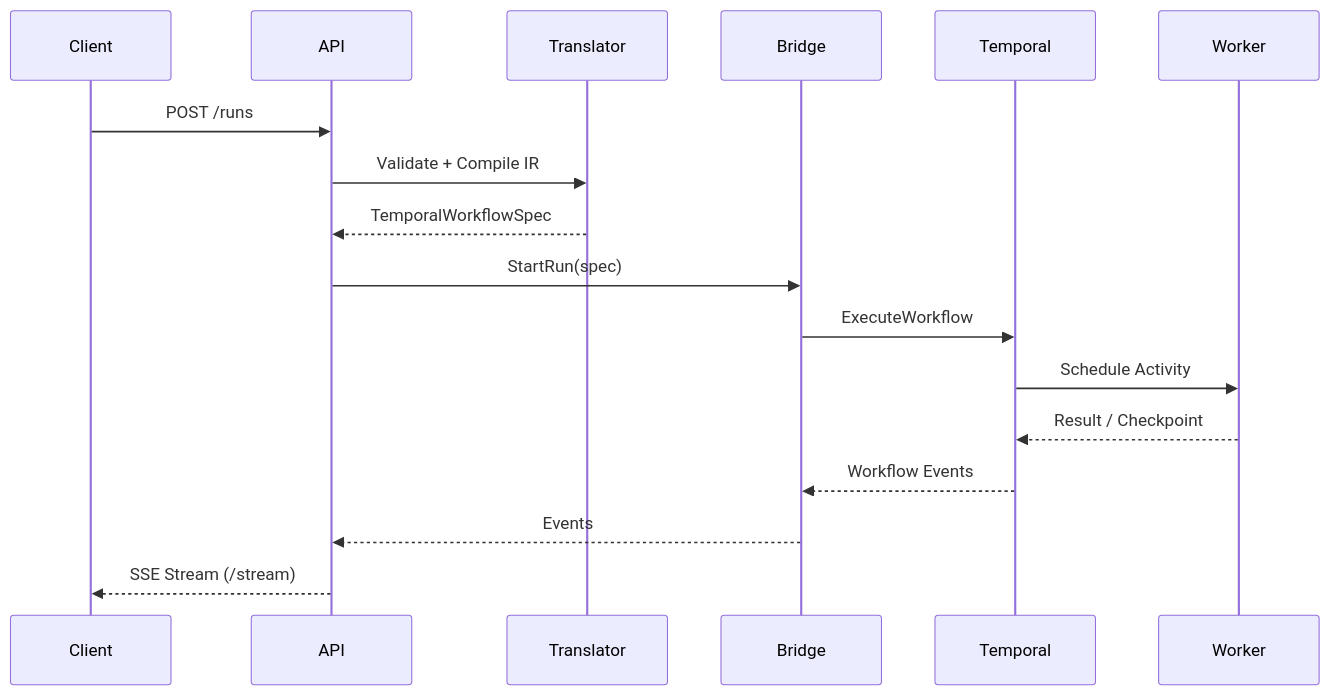
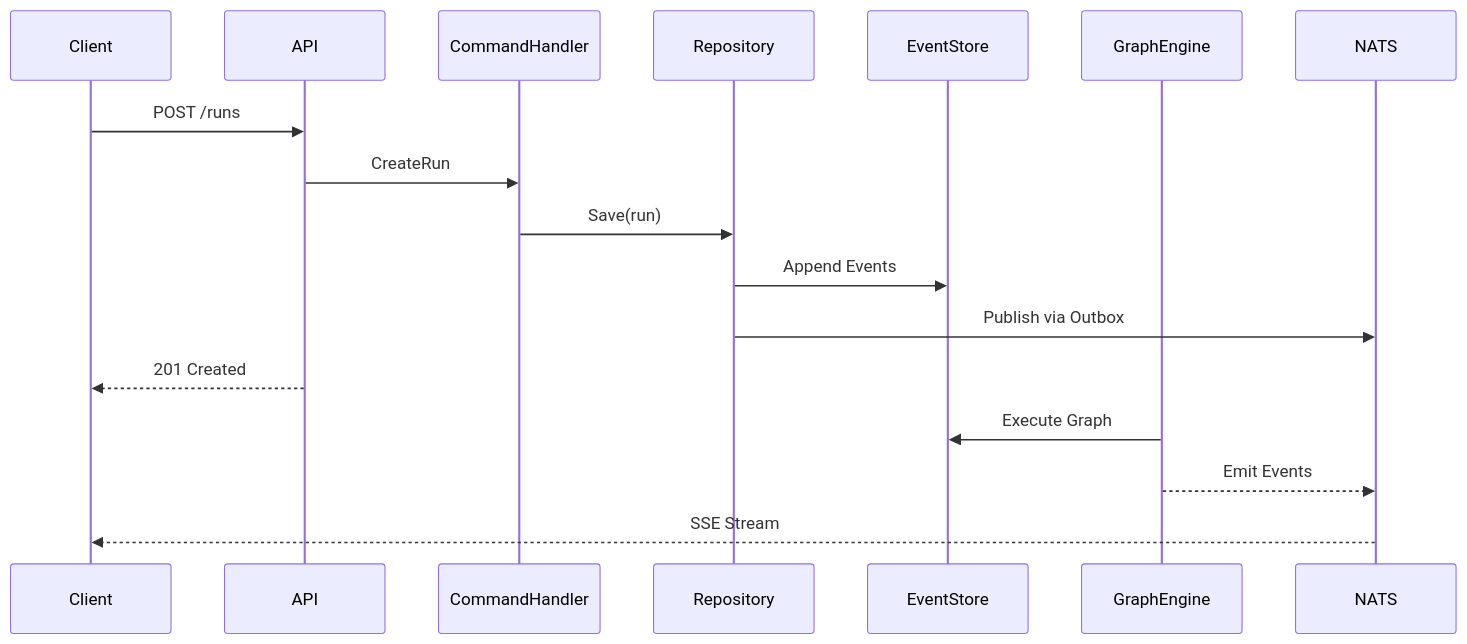
The diagram in docs/content/docs/architecture/overview.mdx (Duragraph/duragraph), drawn with Mermaid before and after one commit. The commit also changed other lines of this file and 14 other files, not shown here.

First line of the commit message:
docs: update documentation to reflect current architecture (#61)

````diff
--- a/docs/content/docs/architecture/overview.mdx
+++ b/docs/content/docs/architecture/overview.mdx
@@ -48,20 +49,20 @@
 ```mermaid
 sequenceDiagram
     participant Client
     participant API
-    participant Translator
-    participant Bridge
-    participant Temporal
-    participant Worker
+    participant CommandHandler
+    participant Repository
+    participant EventStore
+    participant GraphEngine
+    participant NATS
 
     Client->>API: POST /runs
-    API->>Translator: Validate + Compile IR
-    Translator-->>API: TemporalWorkflowSpec
-    API->>Bridge: StartRun(spec)
-    Bridge->>Temporal: ExecuteWorkflow
-    Temporal->>Worker: Schedule Activity
-    Worker-->>Temporal: Result / Checkpoint
-    Temporal-->>Bridge: Workflow Events
-    Bridge-->>API: Events
-    API-->>Client: SSE Stream (/stream)
+    API->>CommandHandler: CreateRun
+    CommandHandler->>Repository: Save(run)
+    Repository->>EventStore: Append Events
+    Repository->>NATS: Publish via Outbox
+    API-->>Client: 201 Created
+    GraphEngine->>EventStore: Execute Graph
+    GraphEngine-->>NATS: Emit Events
+    NATS-->>Client: SSE Stream
 ```
````
